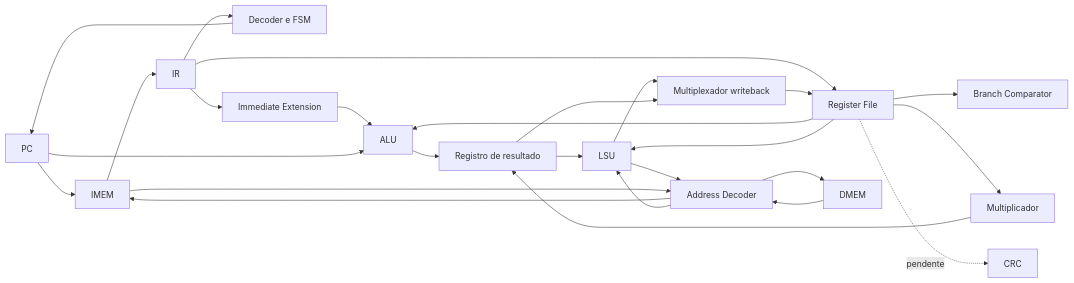
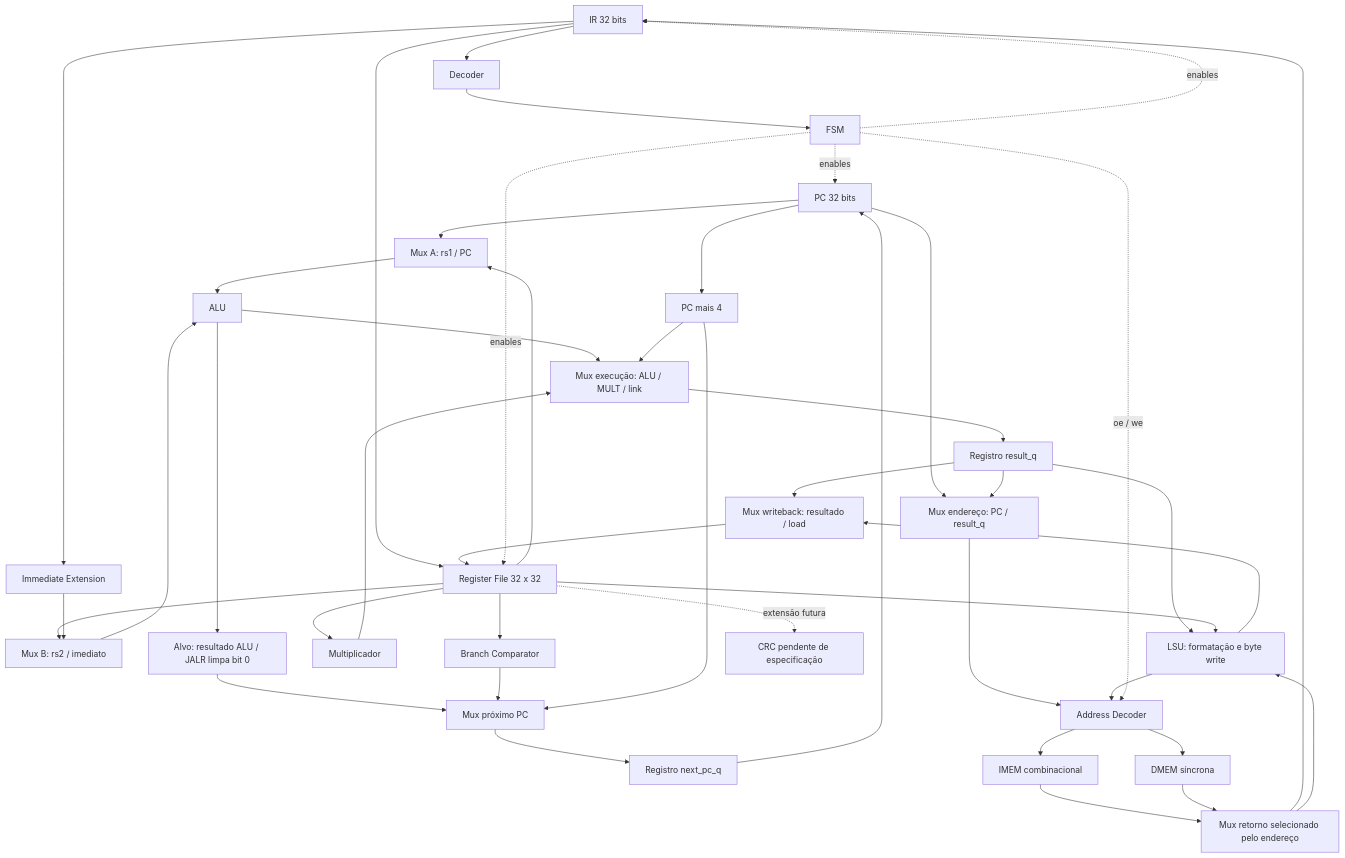
One commit to cmosuea-arch/RV32-multicycle changed the diagram in docs/architecture/block_diagram.md. Above: the diagram before and after it, drawn with Mermaid. The commit also changed other lines of this file and 32 other files, not shown here.

````diff
--- a/docs/architecture/block_diagram.md
+++ b/docs/architecture/block_diagram.md
@@ -5,28 +5,46 @@
 ```mermaid
-flowchart LR
- PC --> IMEM
- IMEM --> IR
- IR --> DEC[Decoder e FSM]
+flowchart TB
+ IR[IR 32 bits] --> DEC[Decoder]
  IR --> IMM[Immediate Extension]
- IR --> RF[Register File]
- RF --> ALU
- IMM --> ALU
- PC --> ALU
+ IR --> RF[Register File 32 x 32]
+ DEC --> FSM[FSM]
+ RF --> A[Mux A: rs1 / PC]
+ RF --> B[Mux B: rs2 / imediato]
+ PC[PC 32 bits] --> A
+ IMM --> B
+ A --> ALU
+ B --> ALU
  RF --> BC[Branch Comparator]
  RF --> MULT[Multiplicador]
- RF -. pendente .-> CRC
- ALU --> RES[Registro de resultado]
- RES --> LSU
+ PC --> P4[PC mais 4]
+ ALU --> TARGET[Alvo: resultado ALU / JALR limpa bit 0]
+ TARGET --> NEXT[Mux próximo PC]
+ BC --> NEXT
+ P4 --> NEXT
+ NEXT --> NP[Registro next_pc_q]
+ NP --> PC
+ ALU --> EXEC[Mux execução: ALU / MULT / link]
+ MULT --> EXEC
+ P4 --> EXEC
+ EXEC --> RES[Registro result_q]
+ RES --> WB[Mux writeback: resultado / load]
+ RES --> LSU[LSU: formatação e byte write]
  RF --> LSU
- LSU --> AD[Address Decoder]
- AD --> IMEM
- AD --> DMEM
- DMEM --> AD
- IMEM --> AD
- AD --> LSU
- LSU --> WB[Multiplexador writeback]
- RES --> WB
- MULT --> RES
+ LSU --> WB
  WB --> RF
- DEC --> PC
+ PC --> ADDR[Mux endereço: PC / result_q]
+ RES --> ADDR
+ ADDR --> AD[Address Decoder]
+ LSU --> AD
+ AD --> IMEM[IMEM combinacional]
+ AD --> DMEM[DMEM síncrona]
+ IMEM --> READ[Mux retorno selecionado pelo endereço]
+ DMEM --> READ
+ READ --> IR
+ READ --> LSU
+ FSM -. enables .-> PC
+ FSM -. enables .-> IR
+ FSM -. enables .-> RF
+ FSM -. oe / we .-> AD
+ RF -. extensão futura .-> CRC[CRC pendente de especificação]
 ```
````
